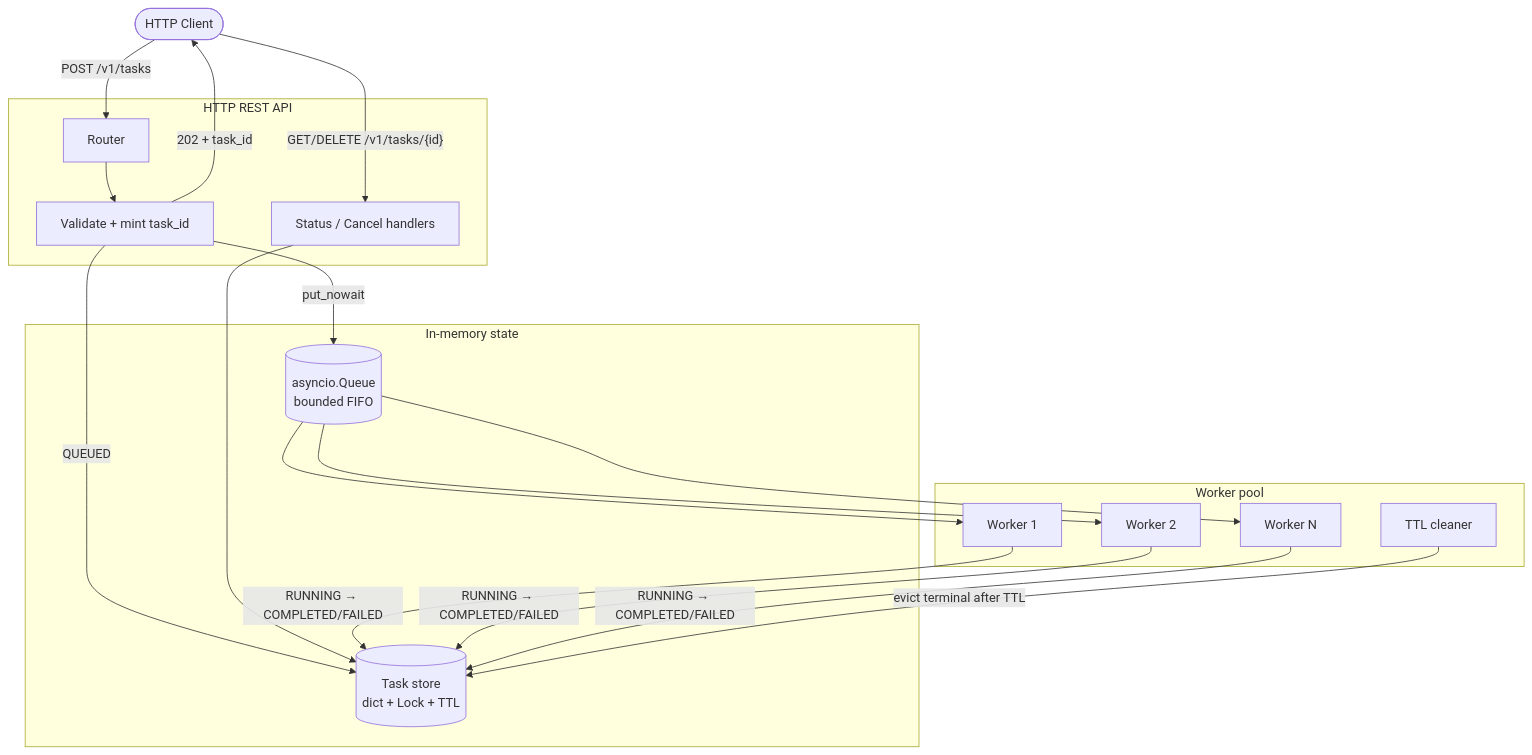
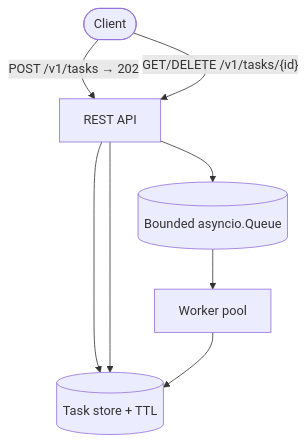
Before and after one commit to shanbhag1993/shridhar-do-interview: the second of 3 diagrams in docs/demo.md, drawn with Mermaid. The commit also changed other lines of this file and 3 other files, not shown here.

````diff
--- a/docs/demo.md
+++ b/docs/demo.md
@@ -78,34 +49,13 @@
 ```mermaid
 flowchart TD
-    Client(["HTTP Client"])
+    Client(["Client"])
+    API["REST API"]
+    Q[("Bounded asyncio.Queue")]
+    Store[("Task store + TTL")]
+    Workers["Worker pool"]
 
-    subgraph API ["HTTP REST API"]
-        Router["Router"]
-        Validator["Validate + mint task_id"]
-        Status["Status / Cancel handlers"]
-    end
-
-    subgraph State ["In-memory state"]
-        Q[("asyncio.Queue<br/>bounded FIFO")]
-        Store[("Task store<br/>dict + Lock + TTL")]
-    end
-
-    subgraph Workers ["Worker pool"]
-        W1["Worker 1"]
-        W2["Worker 2"]
-        WN["Worker N"]
-        Cleaner["TTL cleaner"]
-    end
-
-    Client -->|"POST /v1/tasks"| Router --> Validator
-    Validator -->|"QUEUED"| Store
-    Validator -->|"put_nowait"| Q
-    Validator -->|"202 + task_id"| Client
-
-    Client -->|"GET/DELETE /v1/tasks/{id}"| Status
-    Status --> Store
-
-    Q --> W1 & W2 & WN
-    W1 & W2 & WN -->|"RUNNING → COMPLETED/FAILED"| Store
-    Cleaner -->|"evict terminal after TTL"| Store
+    Client -->|"POST /v1/tasks → 202"| API
+    API --> Q & Store
+    Client -->|"GET/DELETE /v1/tasks/{id}"| API --> Store
+    Q --> Workers --> Store
 ```
````
